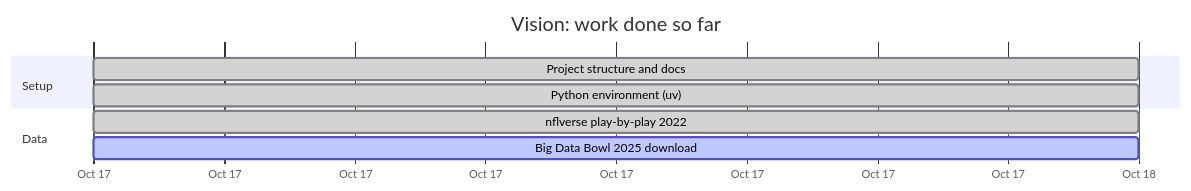
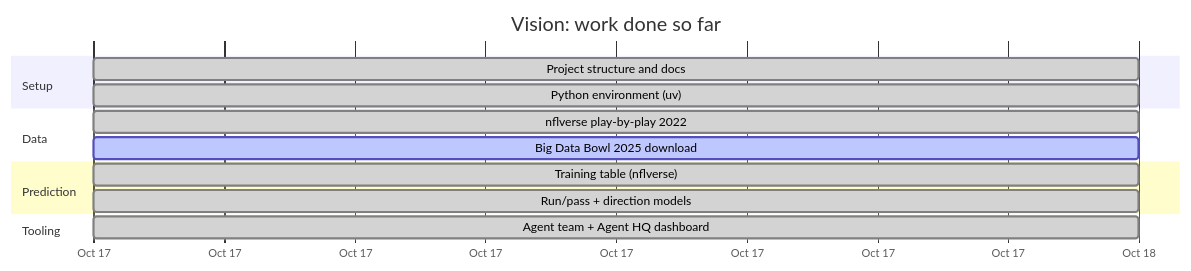
One commit to nicolasman7/Vision changed the diagram in docs/PROGRESS.md. Above: the diagram before and after it, drawn with Mermaid. The commit also changed other lines of this file and 1 other file, not shown here.

Commit message:
Round 1 wrap-up · Teacher: progress entry; Coach: session log + agent team rules

````diff
--- a/docs/PROGRESS.md
+++ b/docs/PROGRESS.md
@@ -5,14 +5,21 @@
 ```mermaid
 gantt
     title Vision: work done so far
     dateFormat YYYY-MM-DD
     axisFormat %b %d
 
     section Setup
     Project structure and docs :done, setup, 2026-10-17, 1d
     Python environment (uv)    :done, env, 2026-10-17, 1d
 
     section Data
     nflverse play-by-play 2022 :done, nflv, 2026-10-17, 1d
     Big Data Bowl 2025 download :active, bdb, 2026-10-17, 1d
+
+    section Prediction
+    Training table (nflverse)   :done, table, 2026-10-17, 1d
+    Run/pass + direction models :done, models, 2026-10-17, 1d
+
+    section Tooling
+    Agent team + Agent HQ dashboard :done, hq, 2026-10-17, 1d
 ```
````
